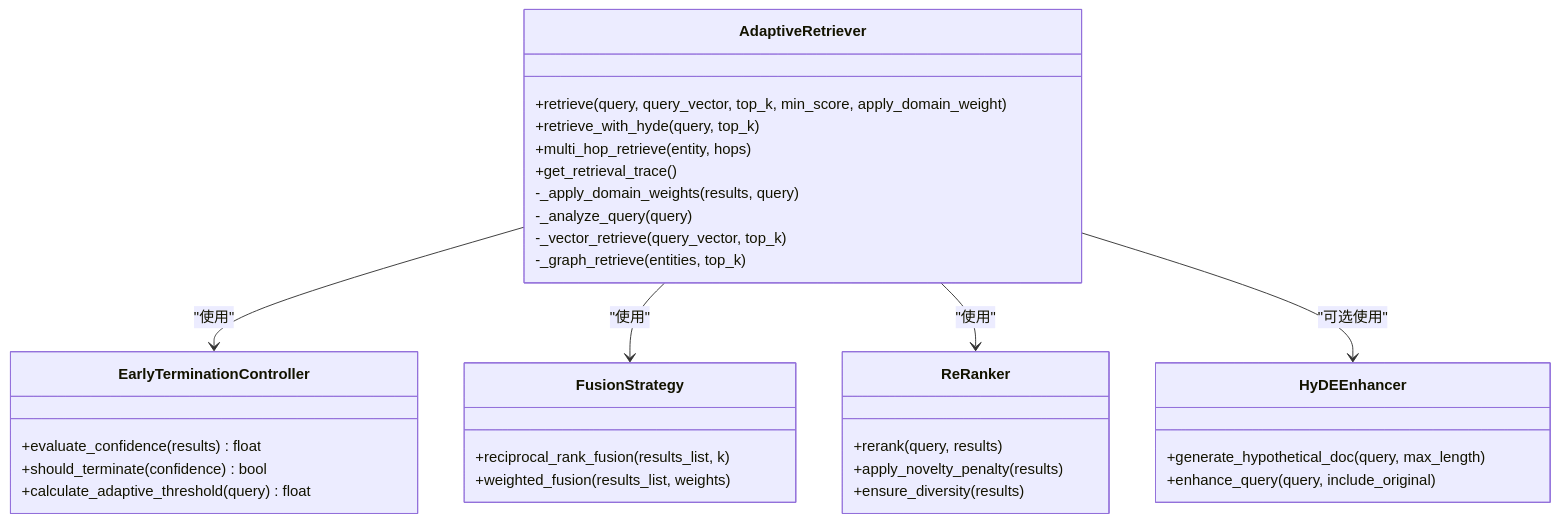
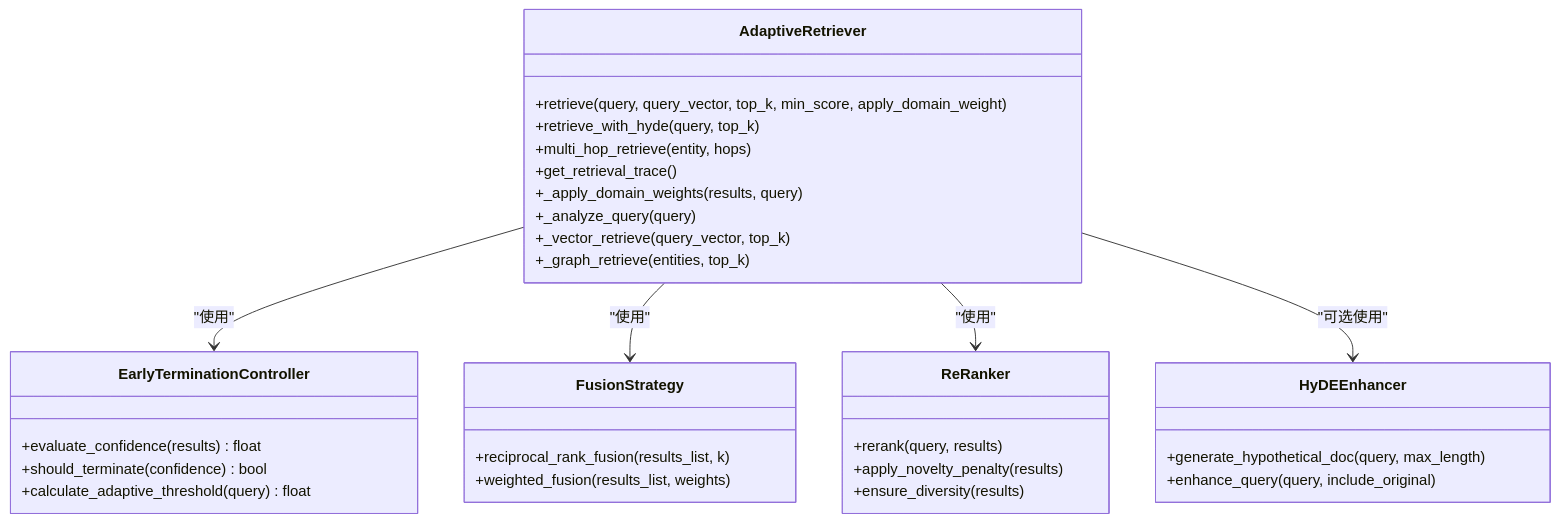
Before and after one commit to JieGaoPrinceton/NecoRAG: the fourth of 12 diagrams in .qoder/repowiki/zh/content/智能检索系统/智能检索系统.md, drawn with Mermaid. The commit also changed other lines of this file and 15 other files, not shown here.

````diff
--- a/.qoder/repowiki/zh/content/智能检索系统/智能检索系统.md
+++ b/.qoder/repowiki/zh/content/智能检索系统/智能检索系统.md
@@ -152,35 +253,35 @@
 ```mermaid
 classDiagram
 class AdaptiveRetriever {
 +retrieve(query, query_vector, top_k, min_score, apply_domain_weight)
 +retrieve_with_hyde(query, top_k)
 +multi_hop_retrieve(entity, hops)
 +get_retrieval_trace()
--_apply_domain_weights(results, query)
--_analyze_query(query)
--_vector_retrieve(query_vector, top_k)
--_graph_retrieve(entities, top_k)
++_apply_domain_weights(results, query)
++_analyze_query(query)
++_vector_retrieve(query_vector, top_k)
++_graph_retrieve(entities, top_k)
 }
 class EarlyTerminationController {
 +evaluate_confidence(results) float
 +should_terminate(confidence) bool
 +calculate_adaptive_threshold(query) float
 }
 class FusionStrategy {
 +reciprocal_rank_fusion(results_list, k)
 +weighted_fusion(results_list, weights)
 }
 class ReRanker {
 +rerank(query, results)
 +apply_novelty_penalty(results)
 +ensure_diversity(results)
 }
 class HyDEEnhancer {
 +generate_hypothetical_doc(query, max_length)
 +enhance_query(query, include_original)
 }
 AdaptiveRetriever --> EarlyTerminationController : "使用"
 AdaptiveRetriever --> FusionStrategy : "使用"
 AdaptiveRetriever --> ReRanker : "使用"
 AdaptiveRetriever --> HyDEEnhancer : "可选使用"
 ```
````
